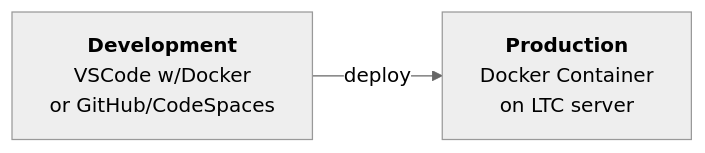
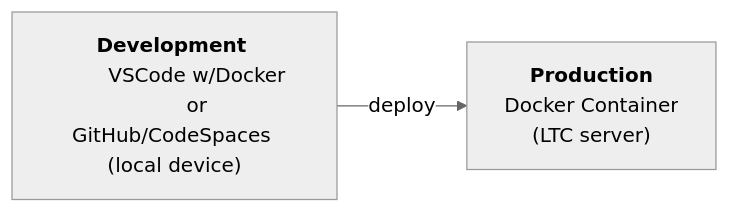
One commit to Lake-Tuggeranong-College/Holocron changed the diagram in E Course/WebDev/_projects/Project 1/Task 1 - Server Installation Coversheet.md. Above: the diagram before and after it, drawn with Mermaid (neutral theme). The commit also changed 6 other files, not shown here.

````diff
--- a/E Course/WebDev/_projects/Project 1/Task 1 - Server Installation Coversheet.md
+++ b/E Course/WebDev/_projects/Project 1/Task 1 - Server Installation Coversheet.md
@@ -16,10 +16,10 @@
 ```mermaid
 flowchart LR
 	dev["`**Development** 
 	VSCode w/Docker 
-	or GitHub/CodeSpaces`"]
+	or GitHub/CodeSpaces (local device)`"]
 	prod["`**Production**
 	Docker Container 
-	on LTC server`"]
+	(LTC server)`"]
 dev -->|deploy| prod
 ```
````
